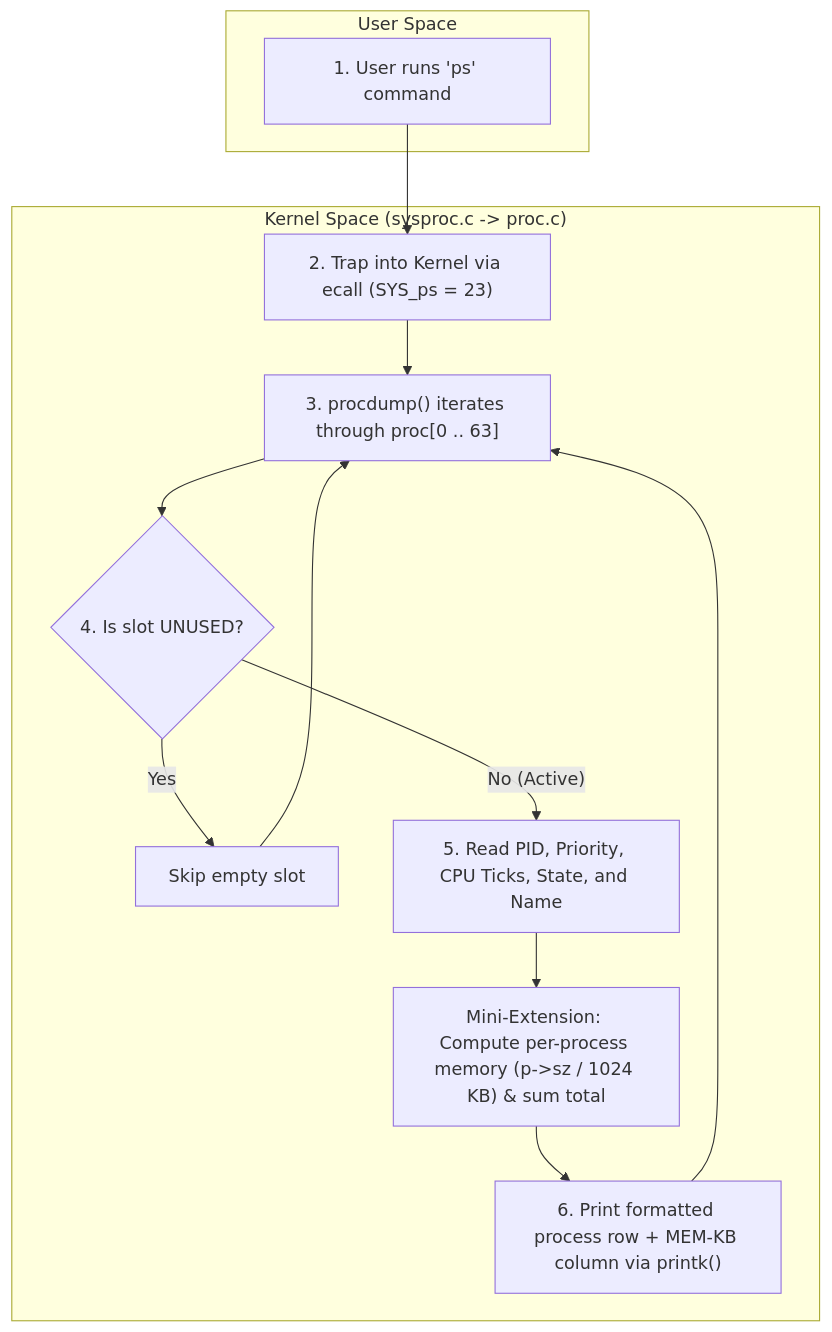
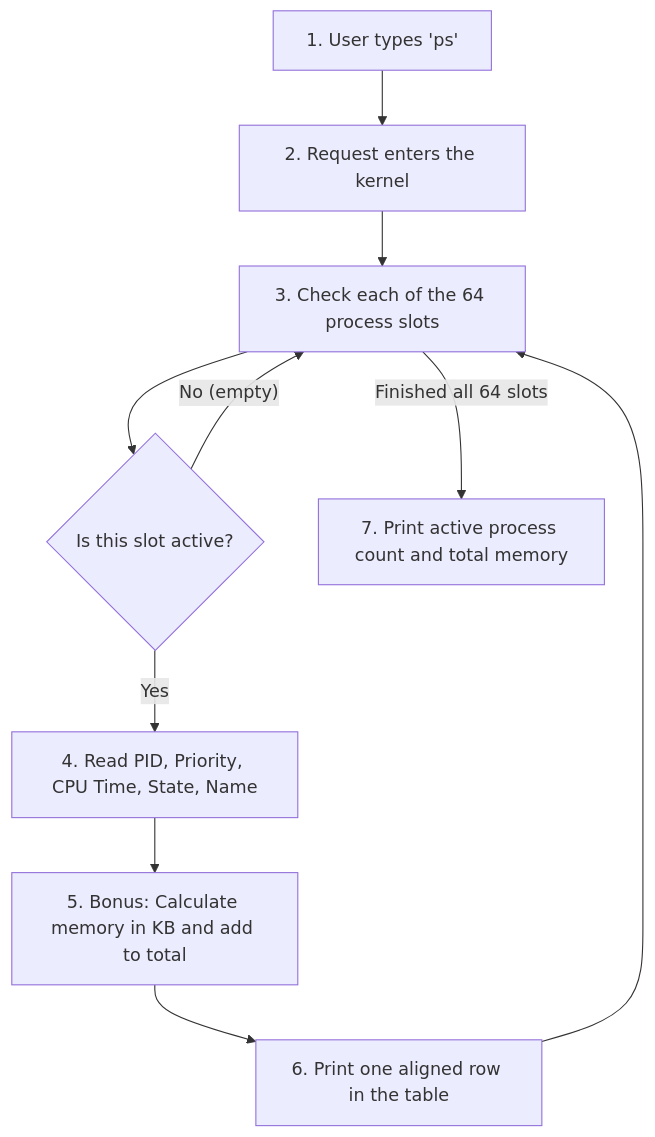
One commit to asbahkhan67-ctrl/xv6-riscv changed the second of 21 diagrams in README.md. Above: the diagram before and after it, drawn with Mermaid. The commit also changed other lines of this file and 159 other files, not shown here.

````diff
--- a/README.md
+++ b/README.md
@@ -172,20 +174,12 @@
 ```mermaid
 flowchart TD
-    subgraph User["User Space"]
-        U1["1. User runs 'ps' command"]
-    end
-
-    subgraph Kernel["Kernel Space (sysproc.c -> proc.c)"]
-        K1["2. Trap into Kernel via ecall (SYS_ps = 23)"]
-        K2["3. procdump() iterates through proc[0 .. 63]"]
-        K3{"4. Is slot UNUSED?"}
-        K4["Skip empty slot"]
-        K5["5. Read PID, Priority, CPU Ticks, State, and Name"]
-        K5M["Mini-Extension: Compute per-process memory (p->sz / 1024 KB) & sum total"]
-        K6["6. Print formatted process row + MEM-KB column via printk()"]
-    end
-
-    U1 --> K1 --> K2 --> K3
-    K3 -- "Yes" --> K4 --> K2
-    K3 -- "No (Active)" --> K5 --> K5M --> K6 --> K2
+    A["1. User types 'ps'"] --> B["2. Request enters the kernel"]
+    B --> C["3. Check each of the 64 process slots"]
+    C --> D{"Is this slot active?"}
+    D -- "No (empty)" --> C
+    D -- "Yes" --> E["4. Read PID, Priority, CPU Time, State, Name"]
+    E --> F["5. Bonus: Calculate memory in KB and add to total"]
+    F --> G["6. Print one aligned row in the table"]
+    G --> C
+    C -- "Finished all 64 slots" --> H["7. Print active process count and total memory"]
 ```
````
